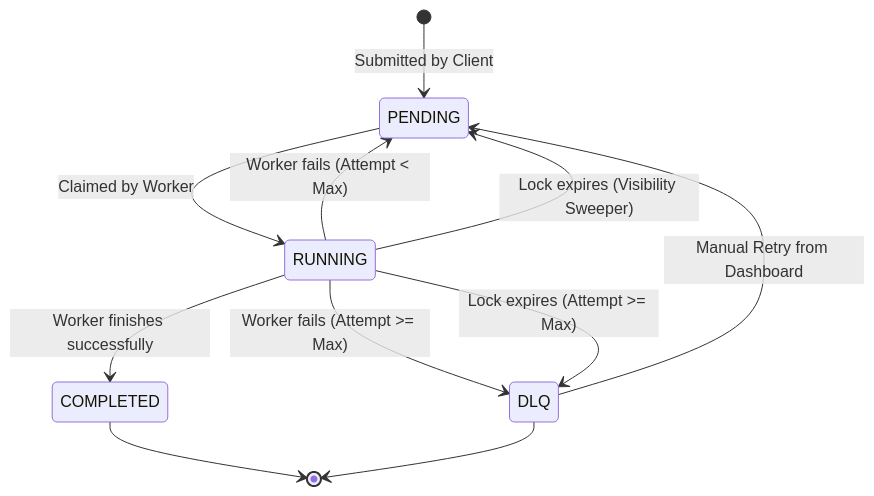
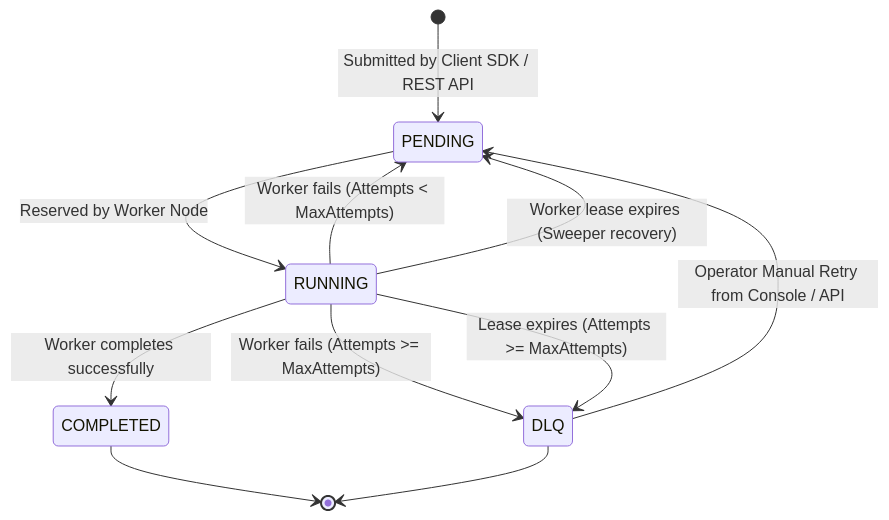
One commit to jhanvi857/Evora changed the second of 2 diagrams in README.md. Above: the diagram before and after it, drawn with Mermaid. The commit also changed other lines of this file and 25 other files, not shown here.

````diff
--- a/README.md
+++ b/README.md
@@ -59,17 +77,17 @@
 ```mermaid
 stateDiagram-v2
-    [*] --> PENDING : Submitted by Client
+    [*] --> PENDING : Submitted by Client SDK / REST API
     
-    PENDING --> RUNNING : Claimed by Worker
+    PENDING --> RUNNING : Reserved by Worker Node
     
-    RUNNING --> COMPLETED : Worker finishes successfully
-    RUNNING --> PENDING : Worker fails (Attempt < Max)
-    RUNNING --> PENDING : Lock expires (Visibility Sweeper)
-    RUNNING --> DLQ : Worker fails (Attempt >= Max)
-    RUNNING --> DLQ : Lock expires (Attempt >= Max)
+    RUNNING --> COMPLETED : Worker completes successfully
+    RUNNING --> PENDING : Worker fails (Attempts < MaxAttempts)
+    RUNNING --> PENDING : Worker lease expires (Sweeper recovery)
+    RUNNING --> DLQ : Worker fails (Attempts >= MaxAttempts)
+    RUNNING --> DLQ : Lease expires (Attempts >= MaxAttempts)
     
-    DLQ --> PENDING : Manual Retry from Dashboard
+    DLQ --> PENDING : Operator Manual Retry from Console / API
     
     COMPLETED --> [*]
     DLQ --> [*]
 ```
````
